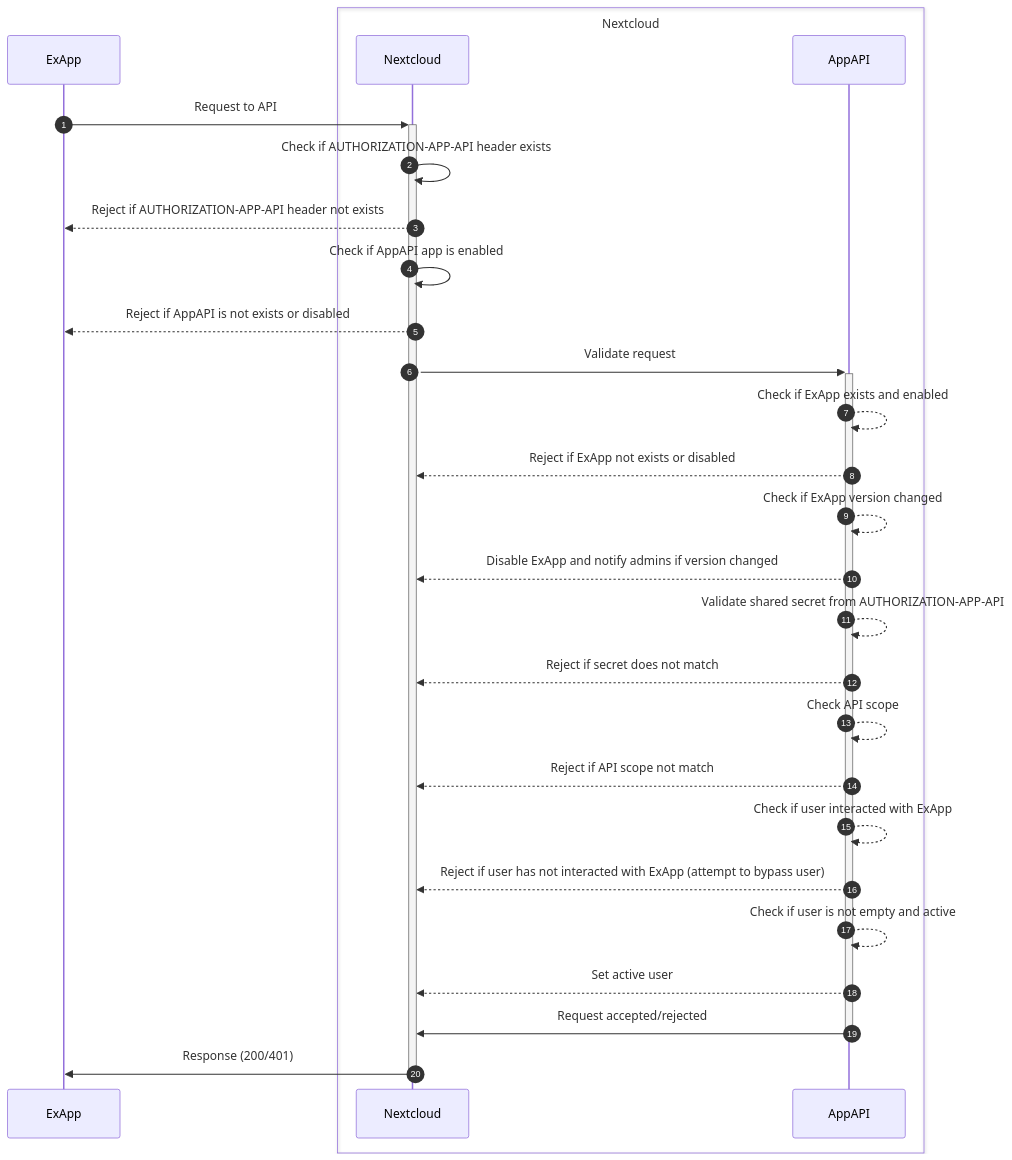
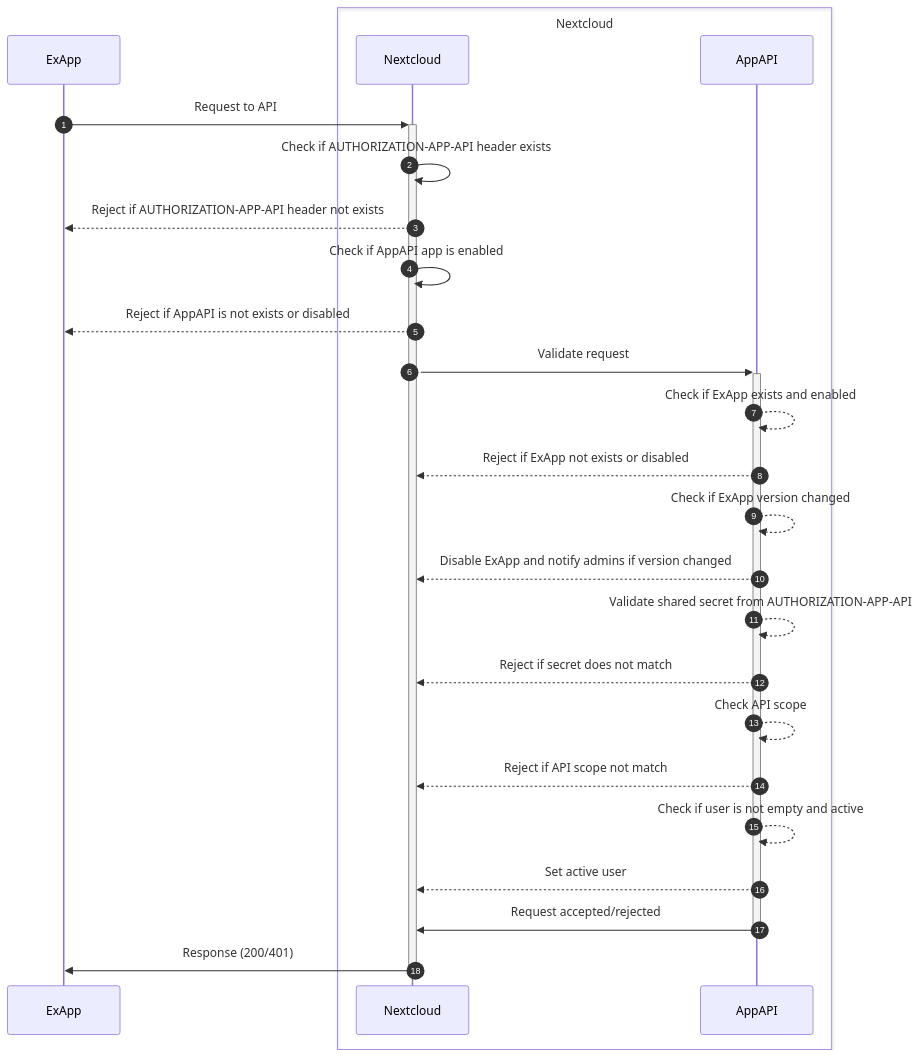
Before and after one commit to nextcloud/app_api: the second of 2 diagrams in docs/tech_details/Authentication.rst, drawn with Mermaid. The commit also changed other lines of this file and 1 other file, not shown here.

```diff
--- a/docs/tech_details/Authentication.rst
+++ b/docs/tech_details/Authentication.rst
@@ -44,30 +44,28 @@
 .. mermaid::
 	:zoom:
 
 	sequenceDiagram
 		autonumber
 		participant ExApp
 		box Nextcloud
 			participant Nextcloud
 			participant AppAPI
 		end
 		ExApp->>+Nextcloud: Request to API
 		Nextcloud->>Nextcloud: Check if AUTHORIZATION-APP-API header exists
 		Nextcloud-->>ExApp: Reject if AUTHORIZATION-APP-API header not exists
 		Nextcloud->>Nextcloud: Check if AppAPI app is enabled
 		Nextcloud-->>ExApp: Reject if AppAPI is not exists or disabled
 		Nextcloud->>+AppAPI: Validate request
 		AppAPI-->>AppAPI: Check if ExApp exists and enabled
 		AppAPI-->>Nextcloud: Reject if ExApp not exists or disabled
 		AppAPI-->>AppAPI: Check if ExApp version changed
 		AppAPI-->>Nextcloud: Disable ExApp and notify admins if version changed
 		AppAPI-->>AppAPI: Validate shared secret from AUTHORIZATION-APP-API
 		AppAPI-->>Nextcloud: Reject if secret does not match
 		AppAPI-->>AppAPI: Check API scope
 		AppAPI-->>Nextcloud: Reject if API scope not match
-		AppAPI-->>AppAPI: Check if user interacted with ExApp
-		AppAPI-->>Nextcloud: Reject if user has not interacted with ExApp (attempt to bypass user)
 		AppAPI-->>AppAPI: Check if user is not empty and active
 		AppAPI-->>Nextcloud: Set active user
 		AppAPI->>-Nextcloud: Request accepted/rejected
 		Nextcloud->>-ExApp: Response (200/401)
```
